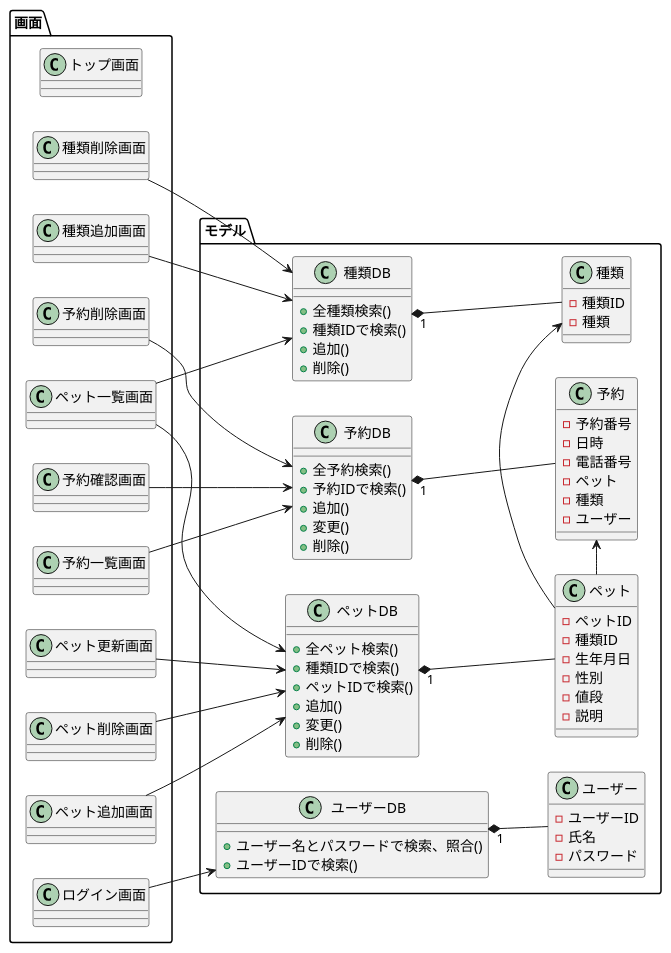
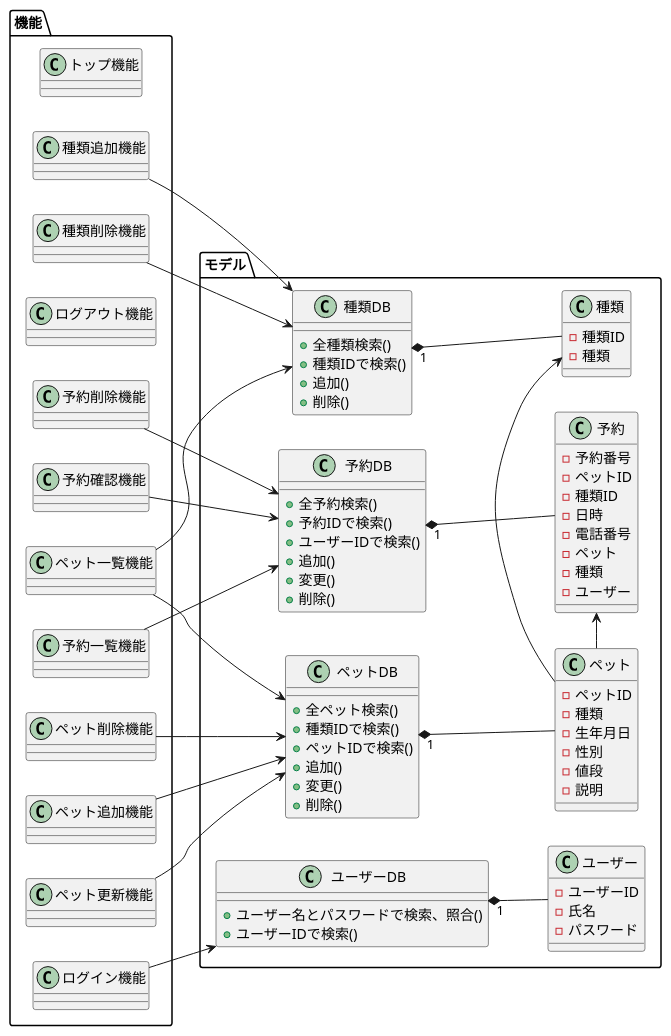
The diagram in UML/class.pu (Tyamanaka07/WebSystem), drawn with PlantUML before and after one commit. The commit also changed 3 other files, not shown here.

```diff
--- a/UML/class.pu
+++ b/UML/class.pu
@@ -1,98 +1,102 @@
 @startuml
 left to right direction
 
 package モデル{
 class ペット{
 	-ペットID
-	-種類ID
+	-種類
 	-生年月日
 	-性別
 	-値段
 	-説明
 }
 
 class 種類{
 	-種類ID
 	-種類
 }
 
 class ユーザー{
 	-ユーザーID
 	-氏名
 	-パスワード
 }
 
 class 予約{
 	-予約番号
+	-ペットID
+	-種類ID
 	-日時
 	-電話番号
 	-ペット
 	-種類
 	-ユーザー
 }
 
 class ペットDB{
 	+全ペット検索()
 	+種類IDで検索()
 	+ペットIDで検索()
 	+追加()
 	+変更()
 	+削除()
 }
 
 class 種類DB{
 	+全種類検索()
 	+種類IDで検索()
 	+追加()
 	+削除()
 }
 
 class ユーザーDB{
 	+ユーザー名とパスワードで検索、照合()
 	+ユーザーIDで検索()
 }
 
 class 予約DB{
 	+全予約検索()
 	+予約IDで検索()
+	+ユーザーIDで検索()
 	+追加()
 	+変更()
 	+削除()
 }
 }
 
-package 画面{
-class トップ画面
-class ペット一覧画面
-class ログイン画面
-class ペット追加画面
-class ペット更新画面
-class ペット削除画面
-class 種類追加画面
-class 種類削除画面
-class 予約確認画面
-class 予約一覧画面
-class 予約削除画面
+package 機能{
+class トップ機能
+class ペット一覧機能
+class ログイン機能
+class ログアウト機能
+class ペット追加機能
+class ペット更新機能
+class ペット削除機能
+class 種類追加機能
+class 種類削除機能
+class 予約確認機能
+class 予約一覧機能
+class 予約削除機能
 
 }
 
 ペットDB "1" *-- ペット
 種類DB "1" *-- 種類
 ユーザーDB "1" *-- ユーザー
 予約DB "1" *-- 予約
 ペット -> 種類
 ペット -> 予約
 
-ペット一覧画面-->種類DB
-ペット一覧画面-->ペットDB
-ログイン画面-->ユーザーDB
-ペット追加画面-->ペットDB
-ペット更新画面-->ペットDB
-種類追加画面-->種類DB
-種類削除画面-->種類DB
-ペット削除画面-->ペットDB
-予約確認画面-->予約DB
-予約一覧画面-->予約DB
-予約削除画面-->予約DB
+ペット一覧機能-->種類DB
+ペット一覧機能-->ペットDB
+ログイン機能-->ユーザーDB
+ペット追加機能-->ペットDB
+ペット更新機能-->ペットDB
+種類追加機能-->種類DB
+種類削除機能-->種類DB
+ペット削除機能-->ペットDB
+予約確認機能-->予約DB
+予約一覧機能-->予約DB
+予約削除機能-->予約DB
 
 @enduml
```
